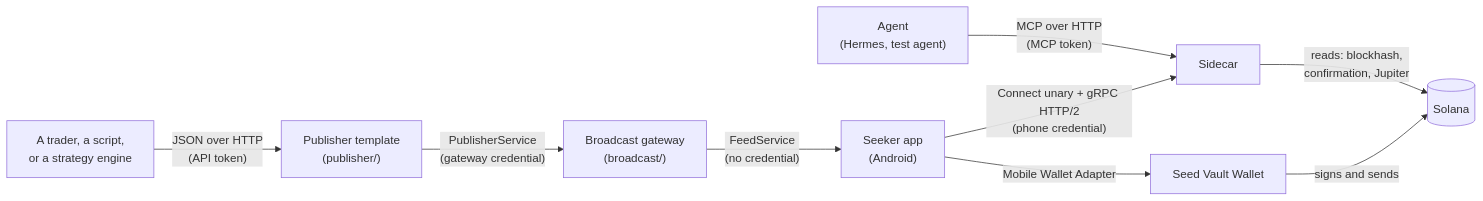
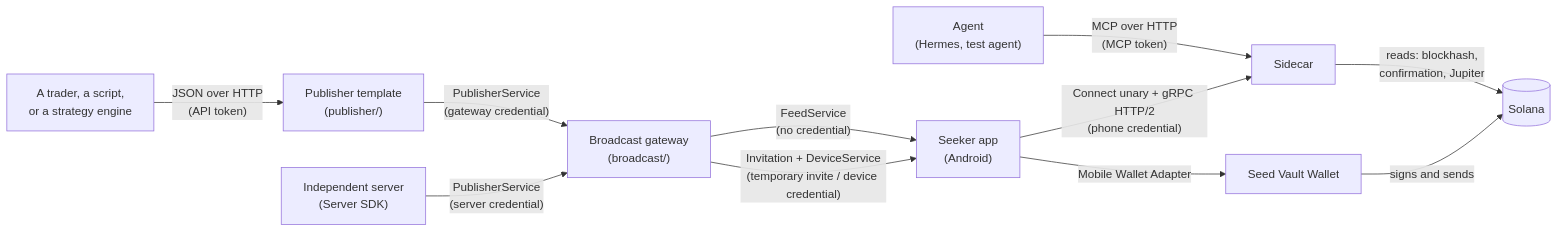
The first of 12 diagrams in docs/architecture.md (SeekerAgentConnect/sac), drawn with Mermaid before and after one commit. The commit also changed other lines of this file and 177 other files, not shown here.

````diff
--- a/docs/architecture.md
+++ b/docs/architecture.md
@@ -7,11 +7,13 @@
 ```mermaid
 flowchart LR
     Agent["Agent<br>(Hermes, test agent)"] -- "MCP over HTTP<br>(MCP token)" --> Sidecar
     Phone["Seeker app<br>(Android)"] -- "Connect unary + gRPC HTTP/2<br>(phone credential)" --> Sidecar
     Phone -- "Mobile Wallet Adapter" --> Wallet["Seed Vault Wallet"]
     Wallet -- "signs and sends" --> Solana[("Solana")]
     Sidecar -- "reads: blockhash,<br>confirmation, Jupiter" --> Solana
     Publisher["Publisher template<br>(publisher/)"] -- "PublisherService<br>(gateway credential)" --> Broadcast
     Broadcast["Broadcast gateway<br>(broadcast/)"] -- "FeedService<br>(no credential)" --> Phone
+    Independent["Independent server<br>(Server SDK)"] -- "PublisherService<br>(server credential)" --> Broadcast
+    Broadcast -- "Invitation + DeviceService<br>(temporary invite / device credential)" --> Phone
     Strategy["A trader, a script,<br>or a strategy engine"] -- "JSON over HTTP<br>(API token)" --> Publisher
 ```
````
